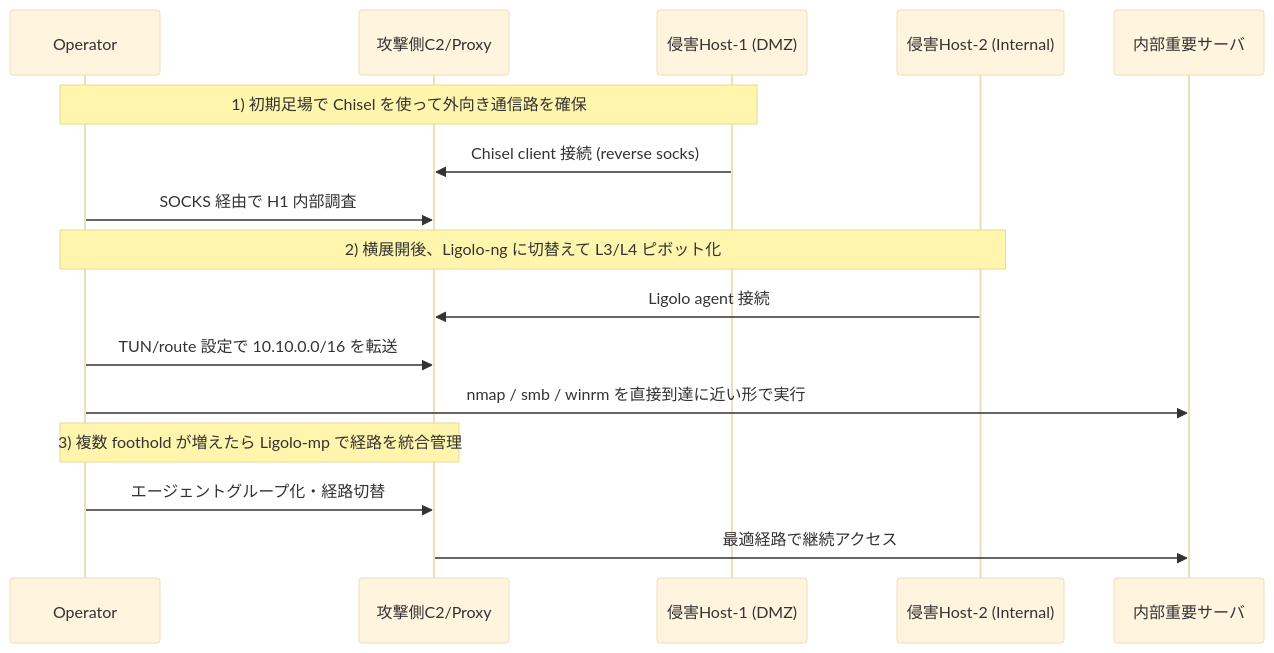
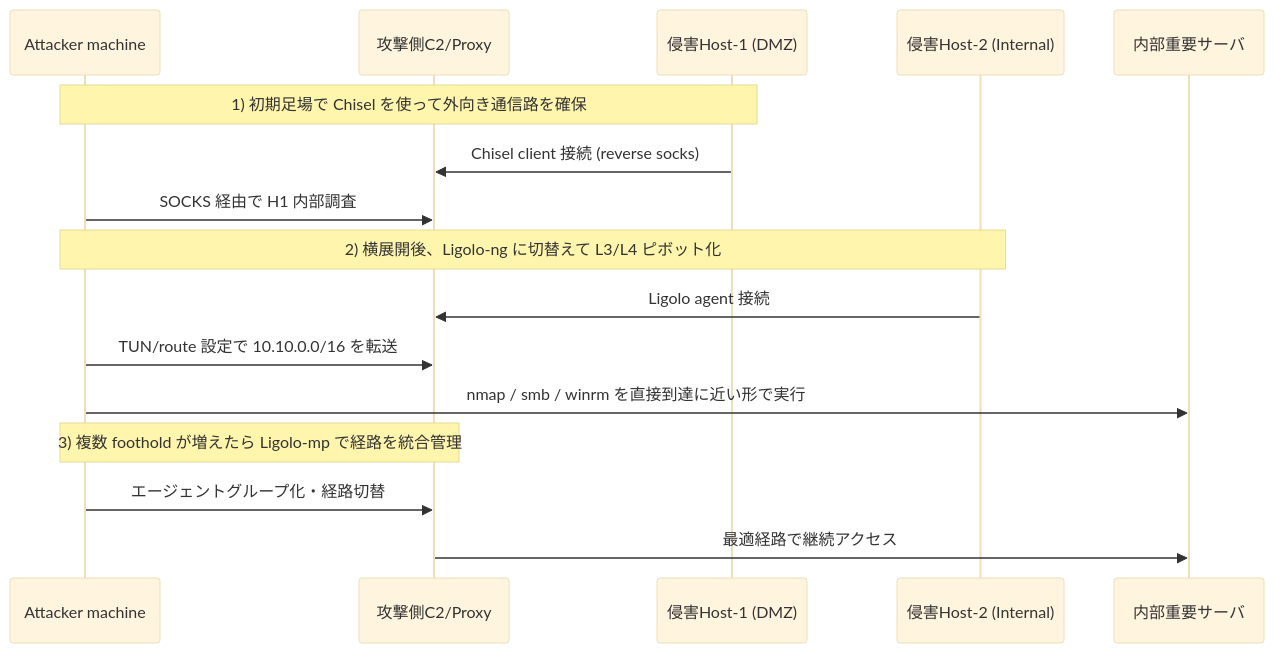
The diagram in _posts/2026-03-04-tech-chisel-ligolo-ligolo-mp-ja.md (morimori-dev/morimori-dev.github.io), drawn with Mermaid (base theme) before and after one commit. The commit also changed 2 other files, not shown here.

Commit message:
Update Mermaid actor label to 'Attacker machine' in TechBlog posts

````diff
--- a/_posts/2026-03-04-tech-chisel-ligolo-ligolo-mp-ja.md
+++ b/_posts/2026-03-04-tech-chisel-ligolo-ligolo-mp-ja.md
@@ -110,21 +110,21 @@
 ```mermaid
 sequenceDiagram
-    participant OP as Operator
+    participant OP as Attacker machine
     participant C2 as 攻撃側C2/Proxy
     participant H1 as 侵害Host-1 (DMZ)
     participant H2 as 侵害Host-2 (Internal)
     participant S as 内部重要サーバ
 
     Note over OP,H1: 1) 初期足場で Chisel を使って外向き通信路を確保
     H1->>C2: Chisel client 接続 (reverse socks)
     OP->>C2: SOCKS 経由で H1 内部調査
 
     Note over OP,H2: 2) 横展開後、Ligolo-ng に切替えて L3/L4 ピボット化
     H2->>C2: Ligolo agent 接続
     OP->>C2: TUN/route 設定で 10.10.0.0/16 を転送
     OP->>S: nmap / smb / winrm を直接到達に近い形で実行
 
     Note over OP,C2: 3) 複数 foothold が増えたら Ligolo-mp で経路を統合管理
     OP->>C2: エージェントグループ化・経路切替
     C2->>S: 最適経路で継続アクセス
 ```
````
